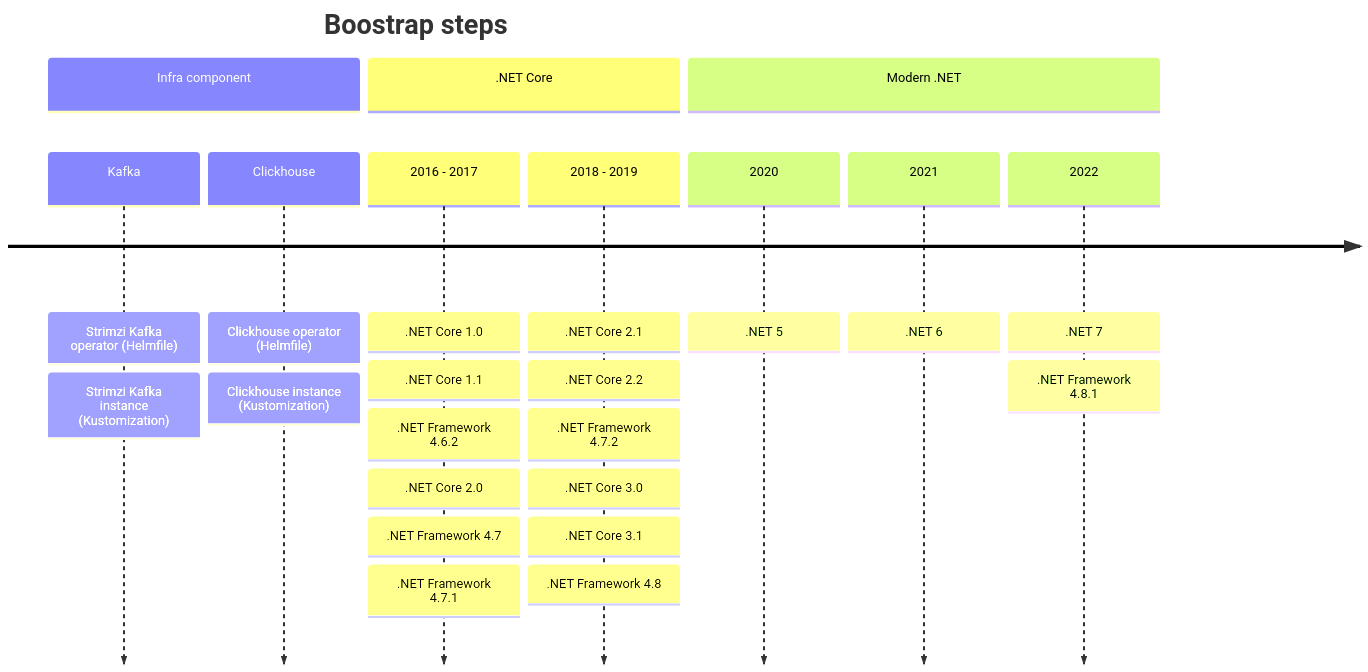
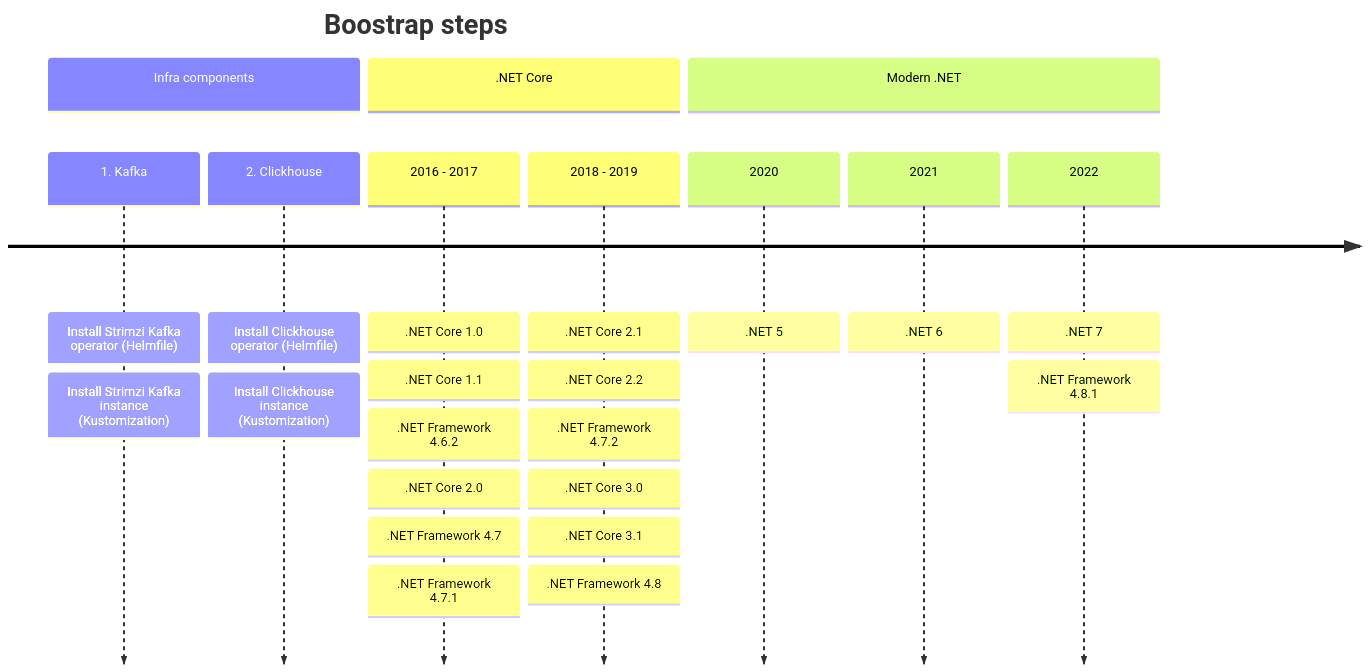
One commit to Real-World-ML/glassflow-demo changed the diagram in README.md. Above: the diagram before and after it, drawn with Mermaid.

Commit message:
README updates

````diff
--- a/README.md
+++ b/README.md
@@ -5,32 +5,32 @@
 ```mermaid
 
 timeline
     title Boostrap steps
-    section Infra component
-        Kafka
-             : Strimzi Kafka operator (Helmfile)
-             : Strimzi Kafka instance (Kustomization)
-        Clickhouse
-             : Clickhouse operator (Helmfile)
-             : Clickhouse instance (Kustomization)
+    section Infra components
+        1. Kafka
+             : Install Strimzi Kafka operator (Helmfile)
+             : Install Strimzi Kafka instance (Kustomization)
+        2. Clickhouse
+             : Install Clickhouse operator (Helmfile)
+             : Install Clickhouse instance (Kustomization)
     section .NET Core
         2016 - 2017 
              : .NET Core 1.0
              : .NET Core 1.1
              : .NET Framework 4.6.2
              : .NET Core 2.0
              : .NET Framework 4.7
              : .NET Framework 4.7.1
         2018 - 2019 
              : .NET Core 2.1
              : .NET Core 2.2
              : .NET Framework 4.7.2             
              : .NET Core 3.0
              : .NET Core 3.1
              : .NET Framework 4.8
     section Modern .NET
         2020 : .NET 5
         2021 : .NET 6
         2022 : .NET 7
              : .NET Framework 4.8.1
 ```
````
